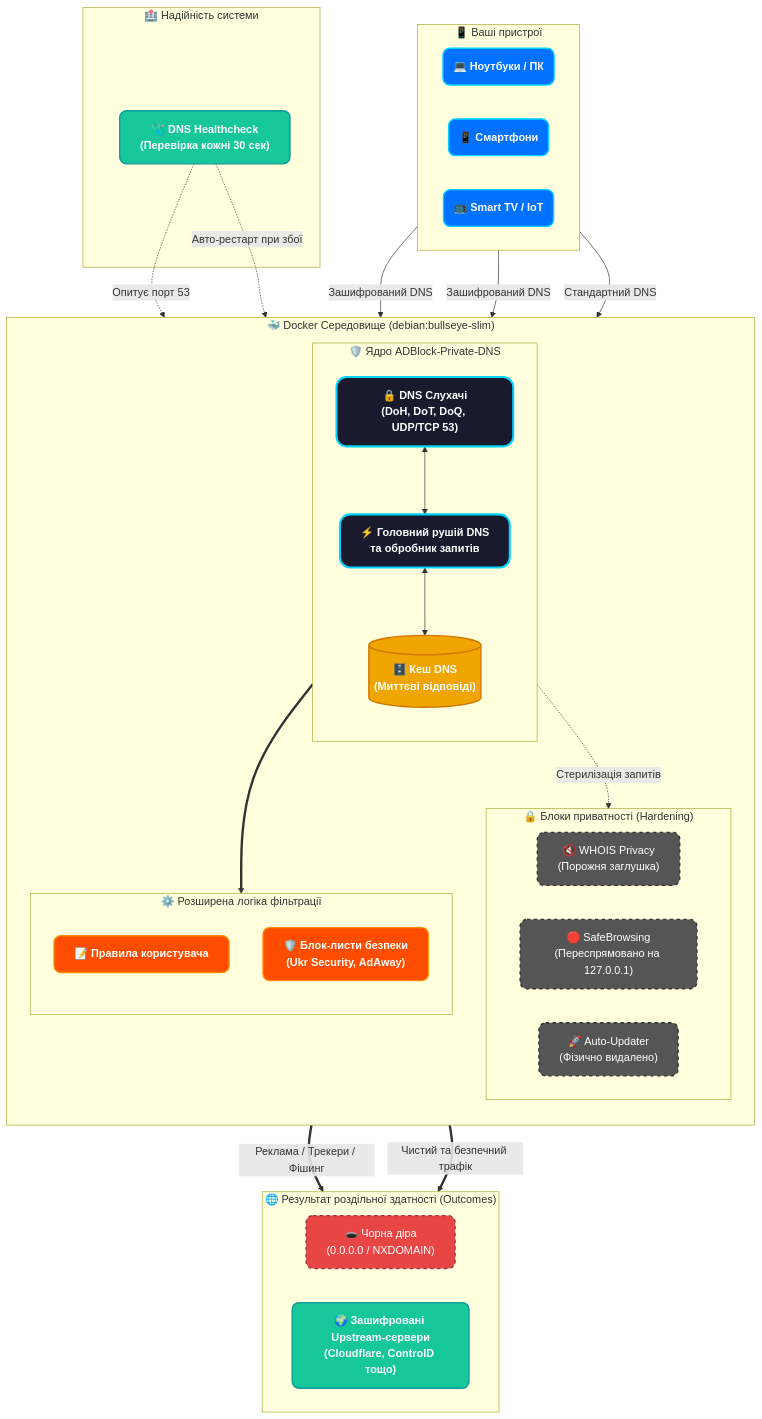
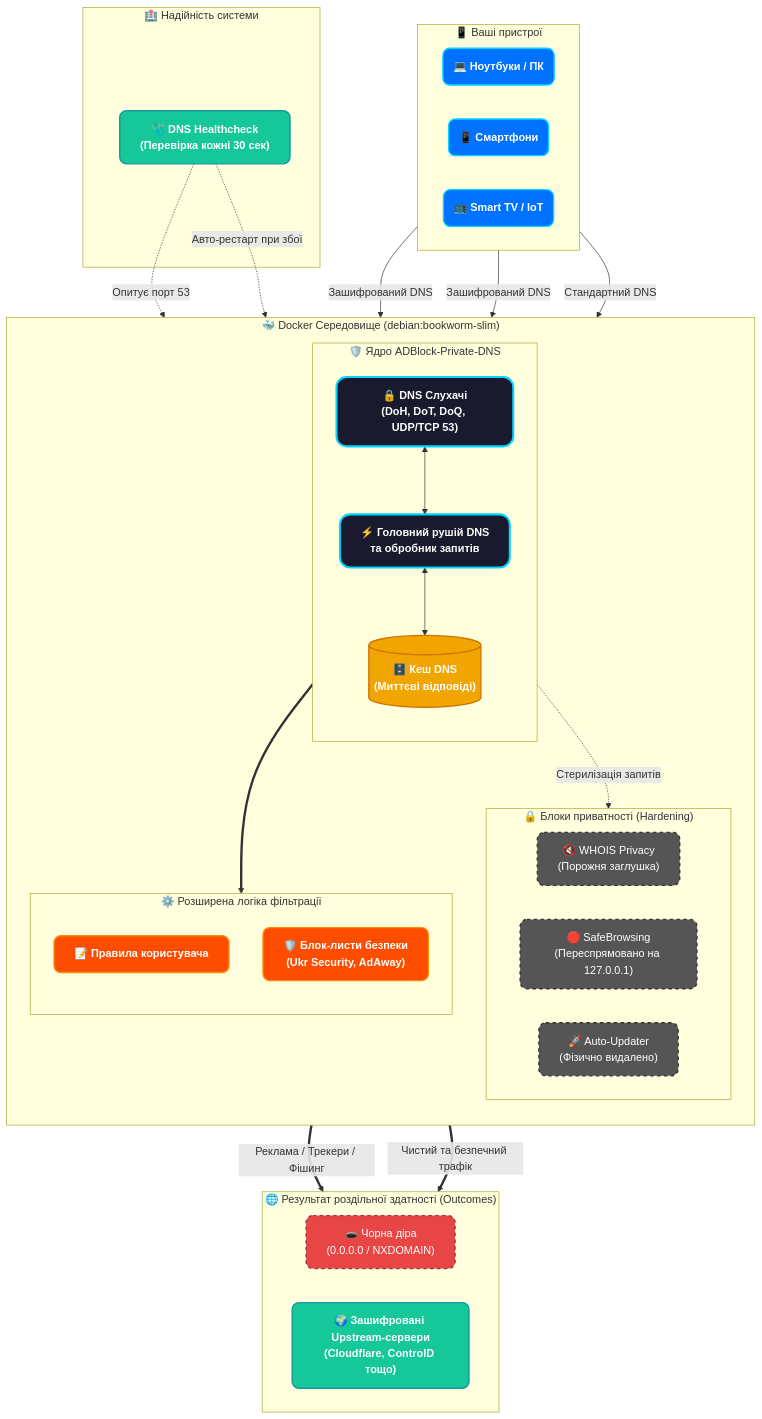
One commit to weby-homelab/adblock-pd changed the diagram in README_UA.md. Above: the diagram before and after it, drawn with Mermaid. The commit also changed other lines of this file and 3 other files, not shown here.

````diff
--- a/README_UA.md
+++ b/README_UA.md
@@ -54,71 +54,71 @@
 ```mermaid
 flowchart TD
     %% Styling
     classDef client fill:#0072ff,stroke:#00d4ff,stroke-width:2px,color:#fff,font-weight:bold,rx:10,ry:10;
     classDef server fill:#1a1a2e,stroke:#00d4ff,stroke-width:3px,color:#fff,font-weight:bold,rx:15,ry:15;
     classDef filter fill:#ff4d00,stroke:#ff8c00,stroke-width:2px,color:#fff,font-weight:bold,rx:10,ry:10;
     classDef block fill:#e84545,stroke:#903749,stroke-width:2px,color:#fff,stroke-dasharray: 5 5,rx:10,ry:10;
     classDef upstream fill:#16c79a,stroke:#11999e,stroke-width:2px,color:#fff,font-weight:bold,rx:10,ry:10;
     classDef cache fill:#f0a500,stroke:#cf7500,stroke-width:2px,color:#fff,font-weight:bold,rx:10,ry:10;
     classDef dummy fill:#555,stroke:#333,stroke-width:2px,color:#fff,stroke-dasharray: 5 5,rx:10,ry:10;
 
     %% Components
     subgraph Clients ["📱 Ваші пристрої"]
         direction LR
         C1("💻 Ноутбуки / ПК"):::client
         C2("📱 Смартфони"):::client
         C3("📺 Smart TV / IoT"):::client
     end
 
-    subgraph Docker ["🐳 Docker Середовище (debian:bullseye-slim)"]
+    subgraph Docker ["🐳 Docker Середовище (debian:bookworm-slim)"]
         direction TB
         
         subgraph ADBlock_PD ["🛡️ Ядро ADBlock-Private-DNS"]
             direction TB
             Proto["🔒 DNS Слухачі<br>(DoH, DoT, DoQ, UDP/TCP 53)"]:::server
             Engine["⚡ Головний рушій DNS<br>та обробник запитів"]:::server
             Cache[("🗄️ Кеш DNS<br>(Миттєві відповіді)")]:::cache
             
             Proto <--> Engine
             Engine <--> Cache
         end
         
         subgraph Hardening ["🔒 Блоки приватності (Hardening)"]
             direction LR
             H1["🔇 WHOIS Privacy<br>(Порожня заглушка)"]:::dummy
             H2["🛑 SafeBrowsing<br>(Переспрямовано на 127.0.0.1)"]:::dummy
             H3["🚀 Auto-Updater<br>(Фізично видалено)"]:::dummy
         end
         
         Engine -.->|Стерилізація запитів| Hardening
         
         subgraph Logic ["⚙️ Розширена логіка фільтрації"]
             direction TB
             Rules1["📝 Правила користувача"]:::filter
             Rules2["🛡️ Блок-листи безпеки<br>(Ukr Security, AdAway)"]:::filter
         end
         
         Engine ==> Logic
     end
 
     subgraph Outcomes ["🌐 Результат роздільної здатності (Оutcomes)"]
         direction LR
         Null["🕳️ Чорна діра<br>(0.0.0.0 / NXDOMAIN)"]:::block
         U1["🌍 Зашифровані Upstream-сервери<br>(Cloudflare, ControlD тощо)"]:::upstream
     end
 
     subgraph Monitoring ["🏥 Надійність системи"]
         HC["🩺 DNS Healthcheck<br>(Перевірка кожні 30 сек)"]:::upstream
     end
 
     %% Connections
     C1 -->|Зашифрований DNS| Proto
     C2 -->|Зашифрований DNS| Proto
     C3 -->|Стандартний DNS| Proto
 
     Logic =="Реклама / Трекери / Фішинг"==> Null
     Logic =="Чистий та безпечний трафік"==> U1
     
     HC -.->|Опитує порт 53| Proto
     HC -.->|Авто-рестарт при збої| Docker
 ```
````
